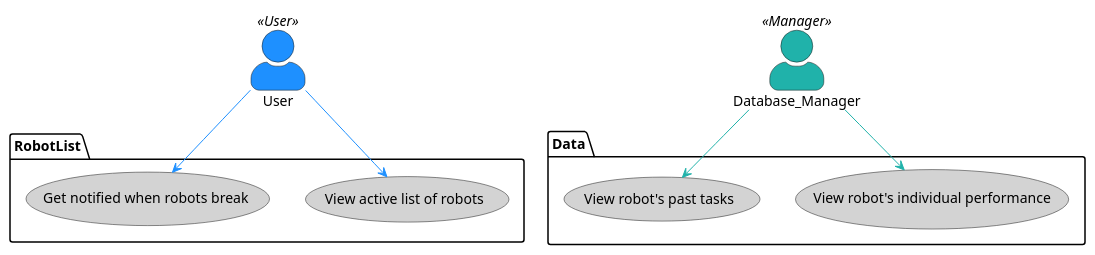
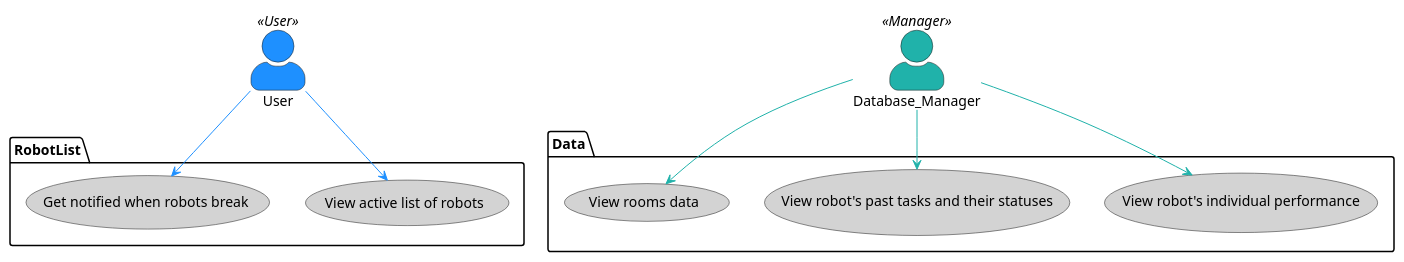
Before and after one commit to ur-cs-courses/course-project-clean-squad: the diagram in docs/design/usecases/uc1.puml, drawn with PlantUML.

```diff
--- a/docs/design/usecases/uc1.puml
+++ b/docs/design/usecases/uc1.puml
@@ -1,25 +1,27 @@
-@startuml
+@startuml uc1
 skinparam DefaultFontName Times New Roman
 skinparam actorStyle awesome
 
 Actor User
 User << User >> #DodgerBlue
 
 Actor Database_Manager
 Database_Manager << Manager >> #LightSeaGreen
 
 package Data {
     usecase "View robot's individual performance" as (robot_performance) #LightGrey
-    usecase "View robot's past tasks" as (paths_efficiency) #LightGrey
+    usecase "View robot's past tasks and their statuses" as (paths_efficiency) #LightGrey
+    usecase "View rooms data" as (rooms_data) #LightGrey
 }
 
 package RobotList {
     usecase "View active list of robots" as (active_free_status) #LightGrey
     usecase "Get notified when robots break" as (broken_status) #LightGrey
 }
 
 :User: --> (active_free_status) #DodgerBlue
 :User: --> (broken_status) #DodgerBlue
 :Database_Manager: --> (robot_performance) #LightSeaGreen
 :Database_Manager: --> (paths_efficiency) #LightSeaGreen
+:Database_Manager: --> (rooms_data) #LightSeaGreen
 @enduml
```
